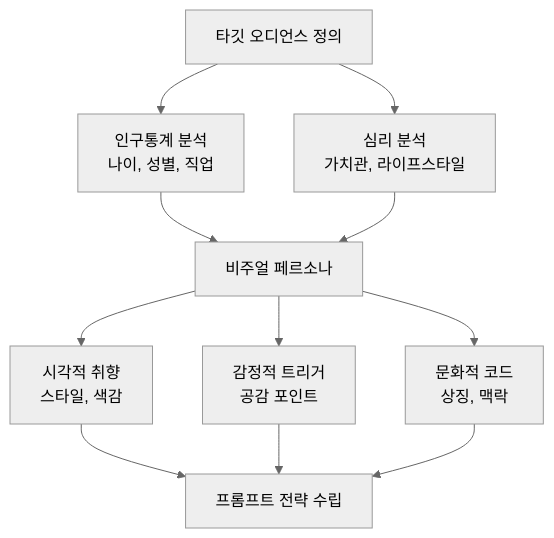
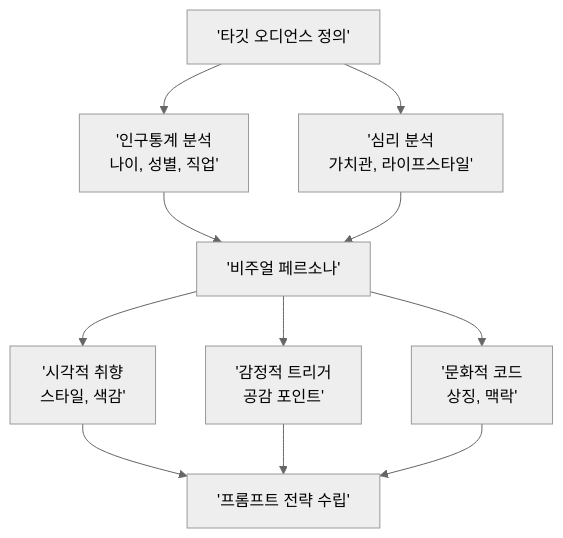
One commit to jsonpassion/forge-tutorial-promptcanvas changed the first of 2 diagrams in 11-ch11-시각적-스토리텔링과-감정-전달/04-04-타깃-오디언스-분석과-비주얼-공감-설계.md. Above: the diagram before and after it, drawn with Mermaid (neutral theme). The commit also changed other lines of this file and 63 other files, not shown here.

````diff
--- a/11-ch11-시각적-스토리텔링과-감정-전달/04-04-타깃-오디언스-분석과-비주얼-공감-설계.md
+++ b/11-ch11-시각적-스토리텔링과-감정-전달/04-04-타깃-오디언스-분석과-비주얼-공감-설계.md
@@ -45,13 +21,13 @@
 ```mermaid
 flowchart TD
-    A["타깃 오디언스 정의"] --> B["인구통계 분석<br/>나이, 성별, 직업"]
-    A --> C["심리 분석<br/>가치관, 라이프스타일"]
-    B --> D["비주얼 페르소나"]
+    A['타깃 오디언스 정의'] --> B['인구통계 분석<br/>나이, 성별, 직업']
+    A --> C['심리 분석<br/>가치관, 라이프스타일']
+    B --> D['비주얼 페르소나']
     C --> D
-    D --> E["시각적 취향<br/>스타일, 색감"]
-    D --> F["감정적 트리거<br/>공감 포인트"]
-    D --> G["문화적 코드<br/>상징, 맥락"]
-    E --> H["프롬프트 전략 수립"]
+    D --> E['시각적 취향<br/>스타일, 색감']
+    D --> F['감정적 트리거<br/>공감 포인트']
+    D --> G['문화적 코드<br/>상징, 맥락']
+    E --> H['프롬프트 전략 수립']
     F --> H
     G --> H
 ```
````
